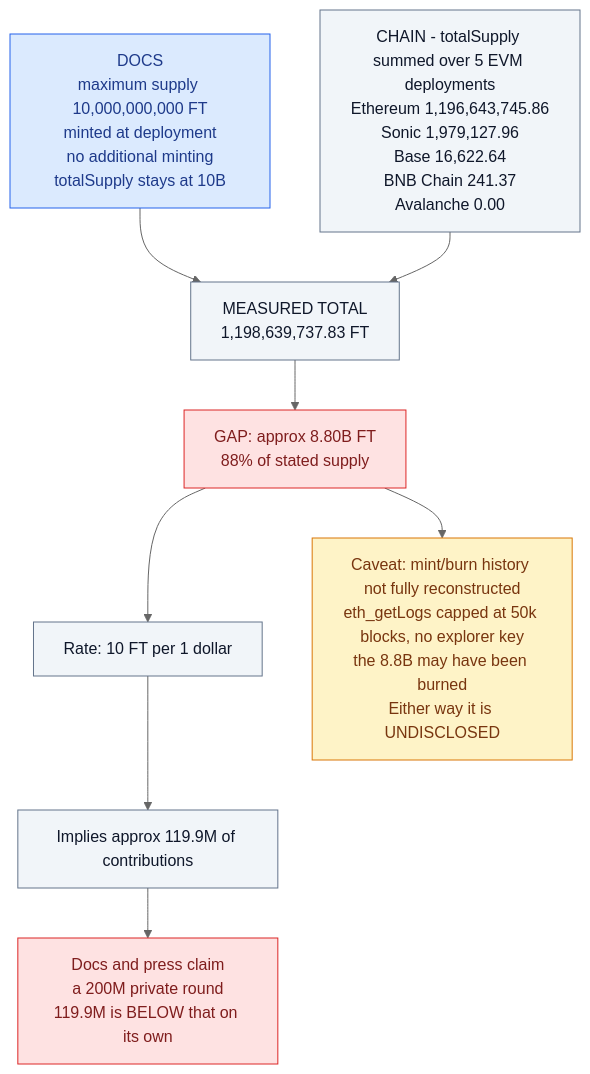
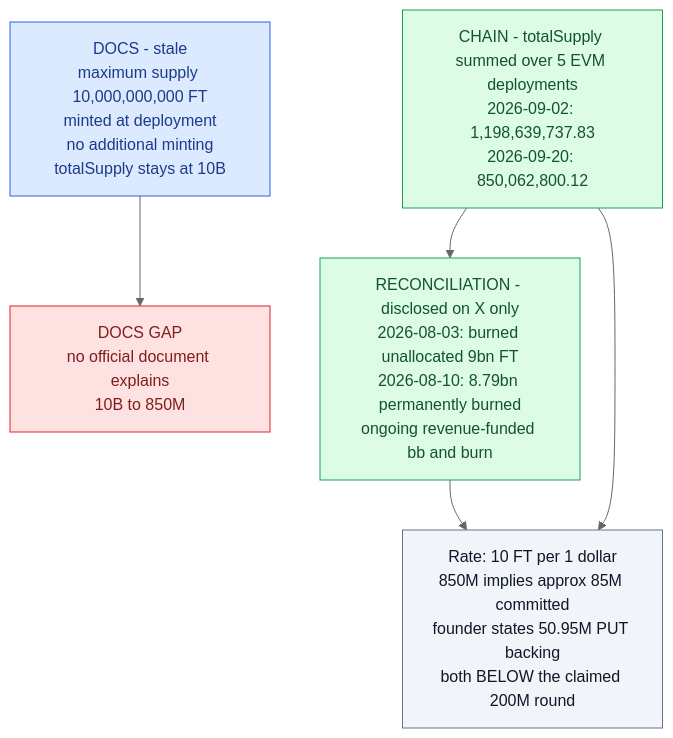
One commit to m0n3r0/flying-tulip-audit changed the first of 3 diagrams in research/02-onchain-facts.md. Above: the diagram before and after it, drawn with Mermaid (neutral theme). The commit also changed other lines of this file and 5 other files, not shown here.

````diff
--- a/research/02-onchain-facts.md
+++ b/research/02-onchain-facts.md
@@ -38,30 +54,27 @@
 ```mermaid
 flowchart TB
-    DOC["DOCS<br/>maximum supply 10,000,000,000 FT<br/>minted at deployment<br/>no additional minting<br/>totalSupply stays at 10B"]
+    DOC["DOCS - stale<br/>maximum supply 10,000,000,000 FT<br/>minted at deployment<br/>no additional minting<br/>totalSupply stays at 10B"]
 
-    CHAIN["CHAIN - totalSupply summed over 5 EVM deployments<br/>Ethereum 1,196,643,745.86<br/>Sonic 1,979,127.96<br/>Base 16,622.64<br/>BNB Chain 241.37<br/>Avalanche 0.00"]
+    CHAIN["CHAIN - totalSupply summed over 5 EVM deployments<br/>2026-09-02: 1,198,639,737.83<br/>2026-09-20: 850,062,800.12"]
 
-    TOTAL["MEASURED TOTAL<br/>1,198,639,737.83 FT"]
+    BURN["RECONCILIATION - disclosed on X only<br/>2026-08-03: burned unallocated 9bn FT<br/>2026-08-10: 8.79bn permanently burned<br/>ongoing revenue-funded bb and burn"]
 
-    GAP["GAP: approx 8.80B FT<br/>88% of stated supply"]
+    GAP["DOCS GAP<br/>no official document explains<br/>10B to 850M"]
 
-    DOC --> TOTAL
-    CHAIN --> TOTAL
-    TOTAL --> GAP
+    RATE["Rate: 10 FT per 1 dollar<br/>850M implies approx 85M committed<br/>founder states 50.95M PUT backing<br/>both BELOW the claimed 200M round"]
 
-    GAP --> R1["Rate: 10 FT per 1 dollar"]
-    R1 --> IMP["Implies approx 119.9M of contributions"]
-    IMP --> CONTRA["Docs and press claim<br/>a 200M private round<br/>119.9M is BELOW that on its own"]
-
-    GAP --> CAV["Caveat: mint/burn history not fully reconstructed<br/>eth_getLogs capped at 50k blocks, no explorer key<br/>the 8.8B may have been burned<br/>Either way it is UNDISCLOSED"]
+    DOC --> GAP
+    CHAIN --> BURN
+    BURN --> RATE
+    CHAIN --> RATE
 
     classDef claim fill:#dbeafe,stroke:#2563eb,color:#1e3a8a
     classDef good fill:#dcfce7,stroke:#16a34a,color:#14532d
     classDef warn fill:#fef3c7,stroke:#d97706,color:#78350f
     classDef bad fill:#fee2e2,stroke:#dc2626,color:#7f1d1d
     classDef neutral fill:#f1f5f9,stroke:#64748b,color:#0f172a
     class DOC claim
-    class CHAIN,TOTAL,R1,IMP neutral
-    class GAP,CONTRA bad
-    class CAV warn
+    class CHAIN,BURN good
+    class RATE neutral
+    class GAP bad
 ```
````
